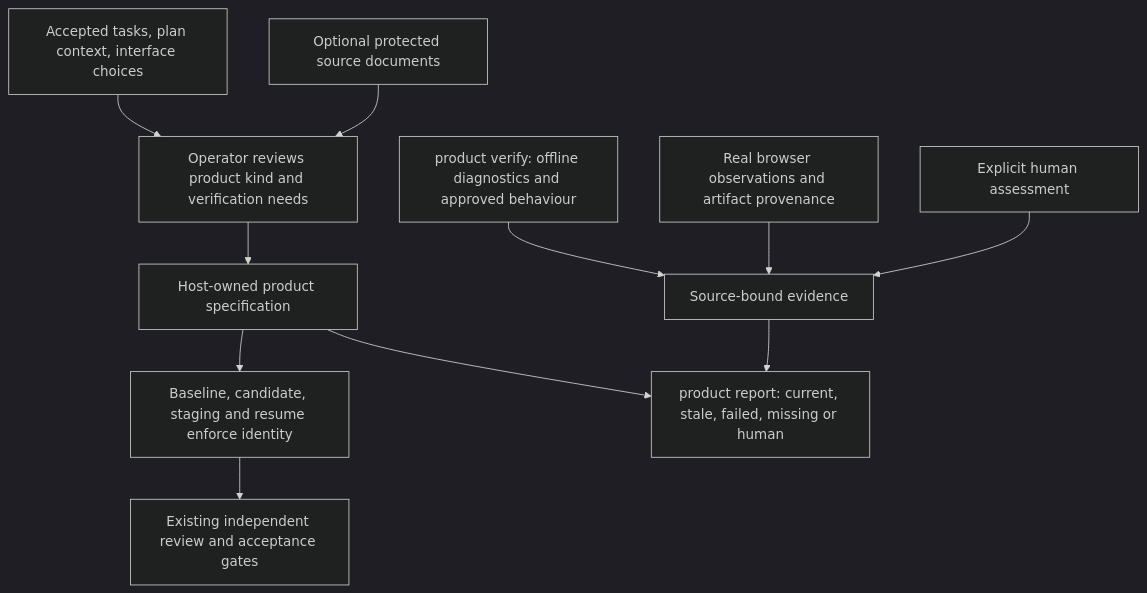
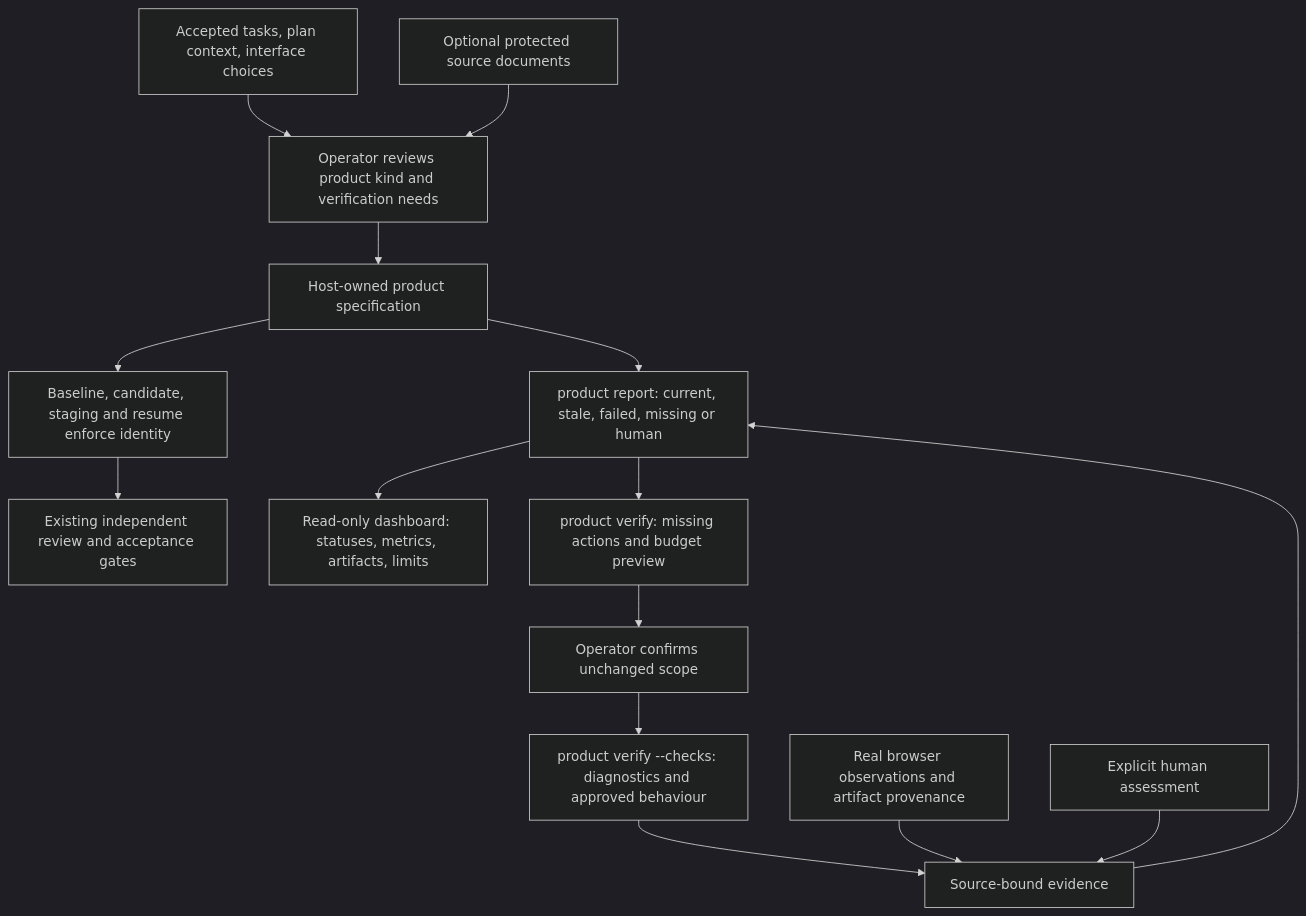
One commit to BleOdel/agent-harness changed diagram 25 of 31 in ARCHITECTURE.md. Above: the diagram before and after it, drawn with Mermaid (dark theme). The commit also changed other lines of this file and 21 other files, not shown here.

Commit message:
Add guided product verification and evidence dashboard

````diff
--- a/ARCHITECTURE.md
+++ b/ARCHITECTURE.md
@@ -1115,13 +1115,17 @@
 ```mermaid
 flowchart TD
   R["Accepted tasks, plan context, interface choices"] --> P["Operator reviews product kind and verification needs"]
   D["Optional protected source documents"] --> P
   P --> S["Host-owned product specification"]
   S --> B["Baseline, candidate, staging and resume enforce identity"]
   B --> G["Existing independent review and acceptance gates"]
-  V["product verify: offline diagnostics and approved behaviour"] --> E["Source-bound evidence"]
+  V["product verify --checks: diagnostics and approved behaviour"] --> E["Source-bound evidence"]
   W["Real browser observations and artifact provenance"] --> E
   H["Explicit human assessment"] --> E
   S --> Q["product report: current, stale, failed, missing or human"]
   E --> Q
+  Q --> UI["Read-only dashboard: statuses, metrics, artifacts, limits"]
+  Q --> GUIDE["product verify: missing actions and budget preview"]
+  GUIDE --> CONFIRM["Operator confirms unchanged scope"]
+  CONFIRM --> V
 ```
````
